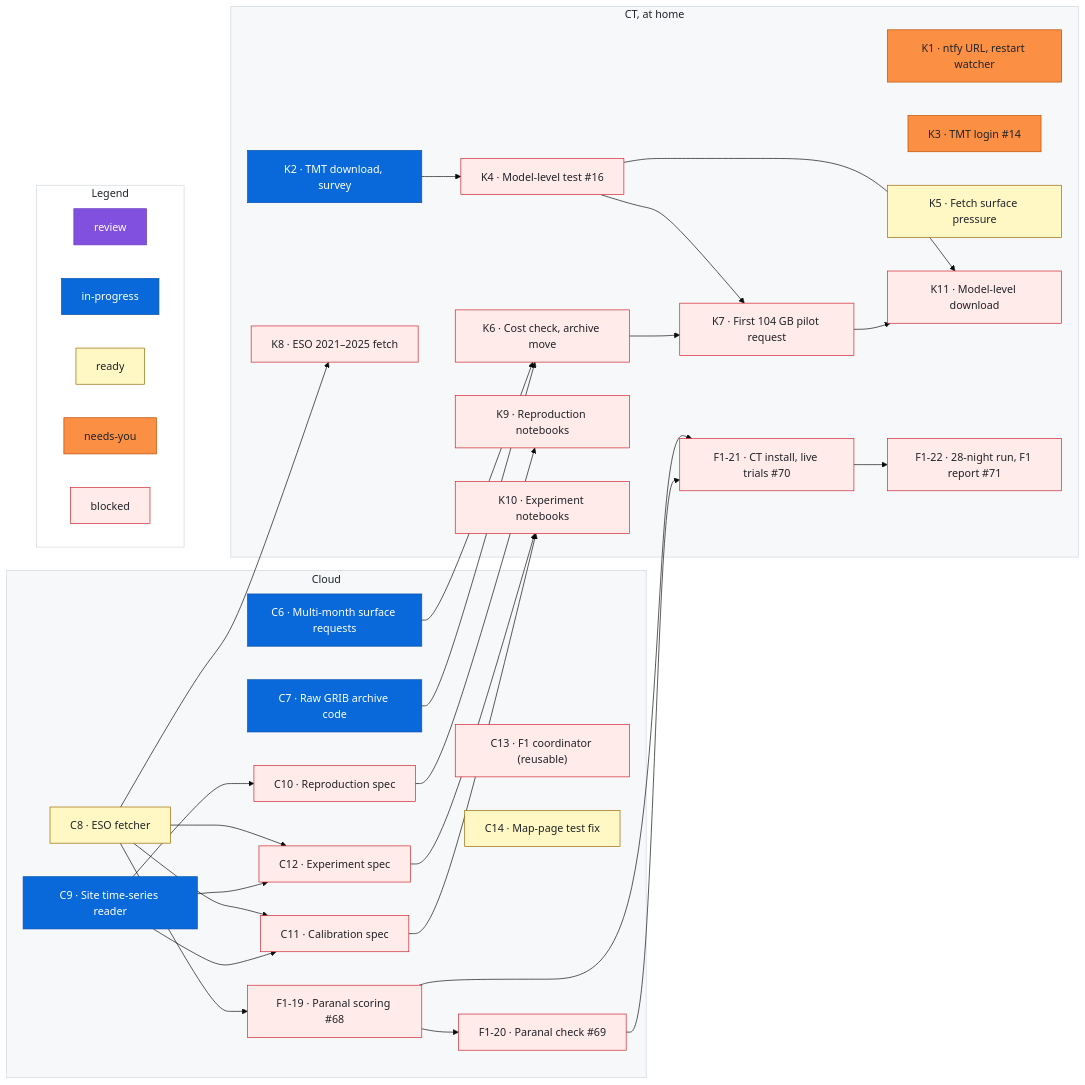
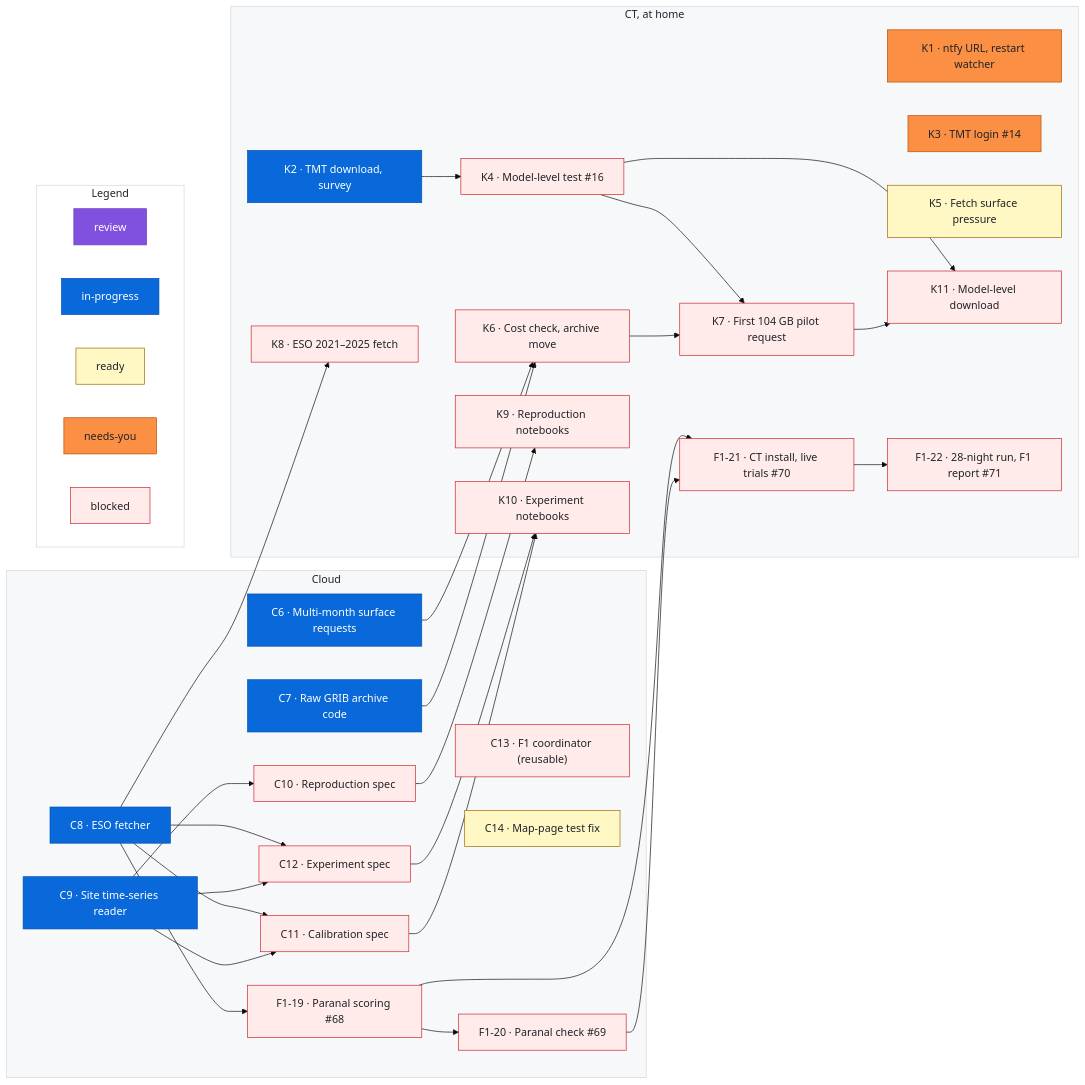
Before and after one commit to rrweller/Astro-seeing: the diagram in docs/roadmap.md, drawn with Mermaid (base theme). The commit also changed other lines of this file, not shown here.

Commit message:
roadmap: C8 ready → in-progress

```diff
--- a/docs/roadmap.md
+++ b/docs/roadmap.md
@@ -140,7 +140,7 @@
   %% ---
   class C7 inprogress
   %% ---
-  class C8 ready
+  class C8 inprogress
   %% ---
   class C9 inprogress
   %% ---
```
